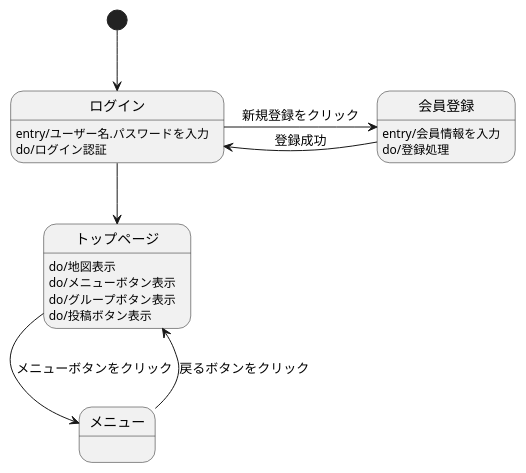
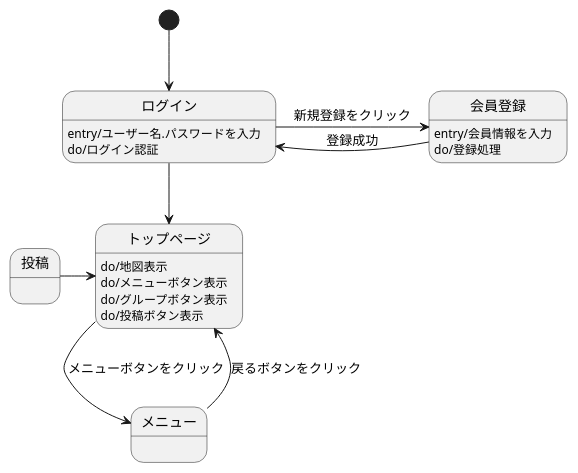
The diagram in 03_画面遷移図/画面遷移図.md (Aso2001031/System4_ver2.0), drawn with PlantUML before and after one commit.

````diff
--- a/03_画面遷移図/画面遷移図.md
+++ b/03_画面遷移図/画面遷移図.md
@@ -1,26 +1,31 @@
 ```uml
 @startuml
 
 [*] -down-> ログイン
 
 トップページ : do/地図表示
 トップページ : do/メニューボタン表示
 トップページ : do/グループボタン表示
 トップページ : do/投稿ボタン表示
 トップページ -down-> メニュー : メニューボタンをクリック
 
 
 ログイン -down-> トップページ
 ログイン : entry/ユーザー名.パスワードを入力 
 ログイン : do/ログイン認証 
 ログイン -> 会員登録 : 新規登録をクリック
 
 会員登録 -> ログイン : 登録成功
 会員登録 : entry/会員情報を入力 
 会員登録 : do/登録処理
 
 メニュー -up-> トップページ : 戻るボタンをクリック
 メニュー : 
 
+投稿 -> トップページ
+投稿 : 
+
+
+
 @enduml
 ```
````
